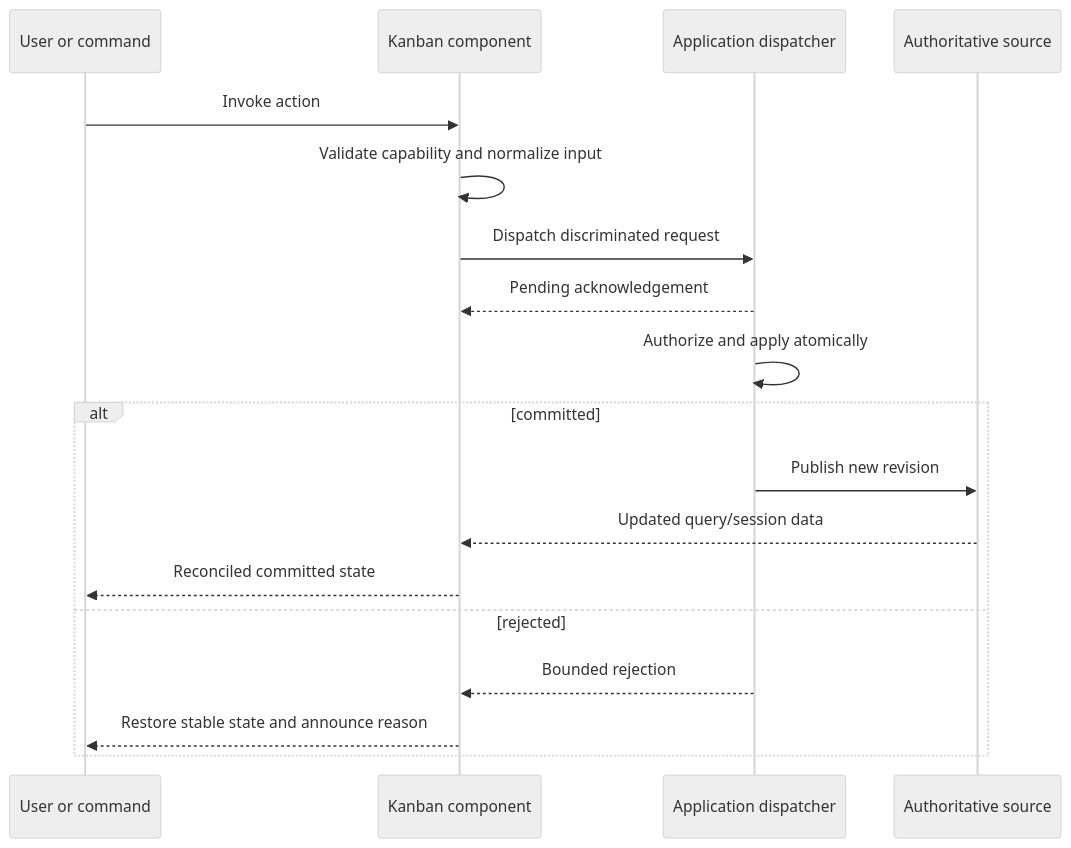
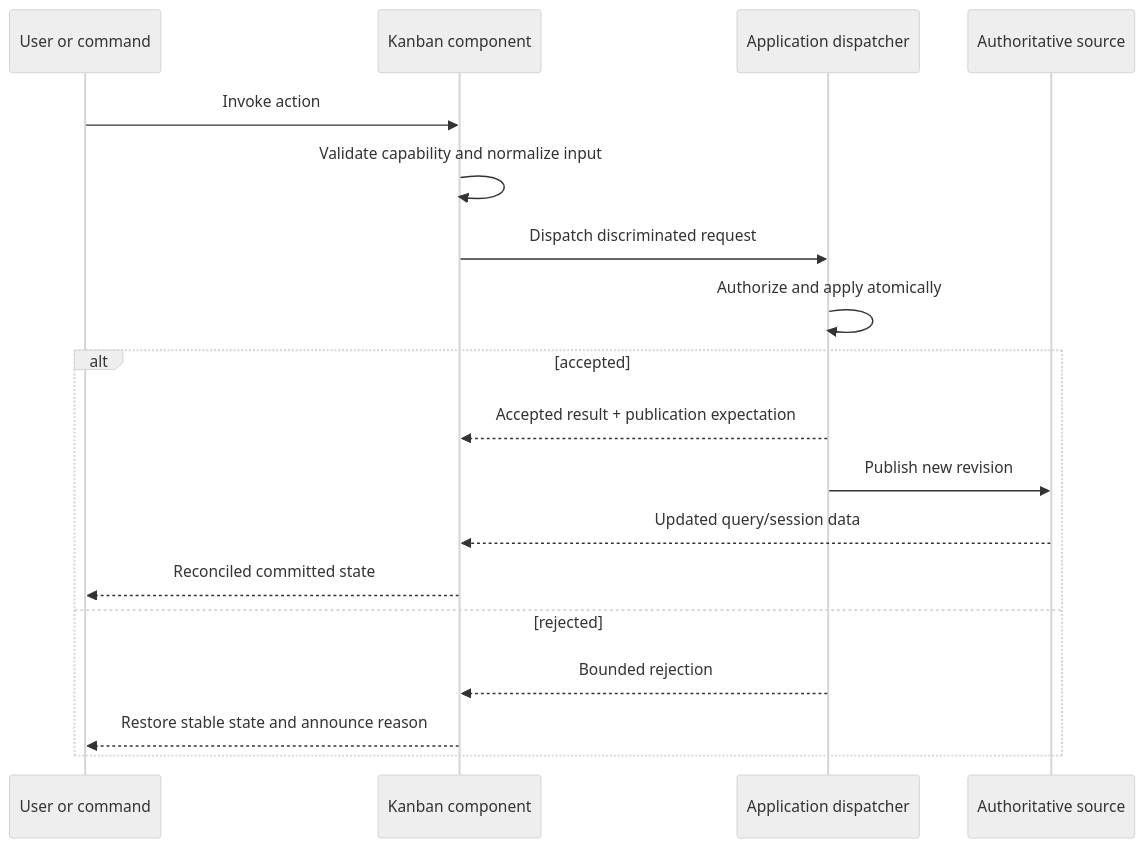
Before and after one commit to blendsdk/jsvision: the diagram in docs/architecture/api-design.md, drawn with Mermaid (neutral theme). The commit also changed other lines of this file and 18 other files, not shown here.

````diff
--- a/docs/architecture/api-design.md
+++ b/docs/architecture/api-design.md
@@ -28,21 +28,21 @@
 ```mermaid
 sequenceDiagram
     participant U as User or command
     participant K as Kanban component
     participant A as Application dispatcher
     participant S as Authoritative source
 
     U->>K: Invoke action
     K->>K: Validate capability and normalize input
     K->>A: Dispatch discriminated request
-    A-->>K: Pending acknowledgement
     A->>A: Authorize and apply atomically
-    alt committed
+    alt accepted
+        A-->>K: Accepted result + publication expectation
         A->>S: Publish new revision
         S-->>K: Updated query/session data
         K-->>U: Reconciled committed state
     else rejected
         A-->>K: Bounded rejection
         K-->>U: Restore stable state and announce reason
     end
 ```
````
